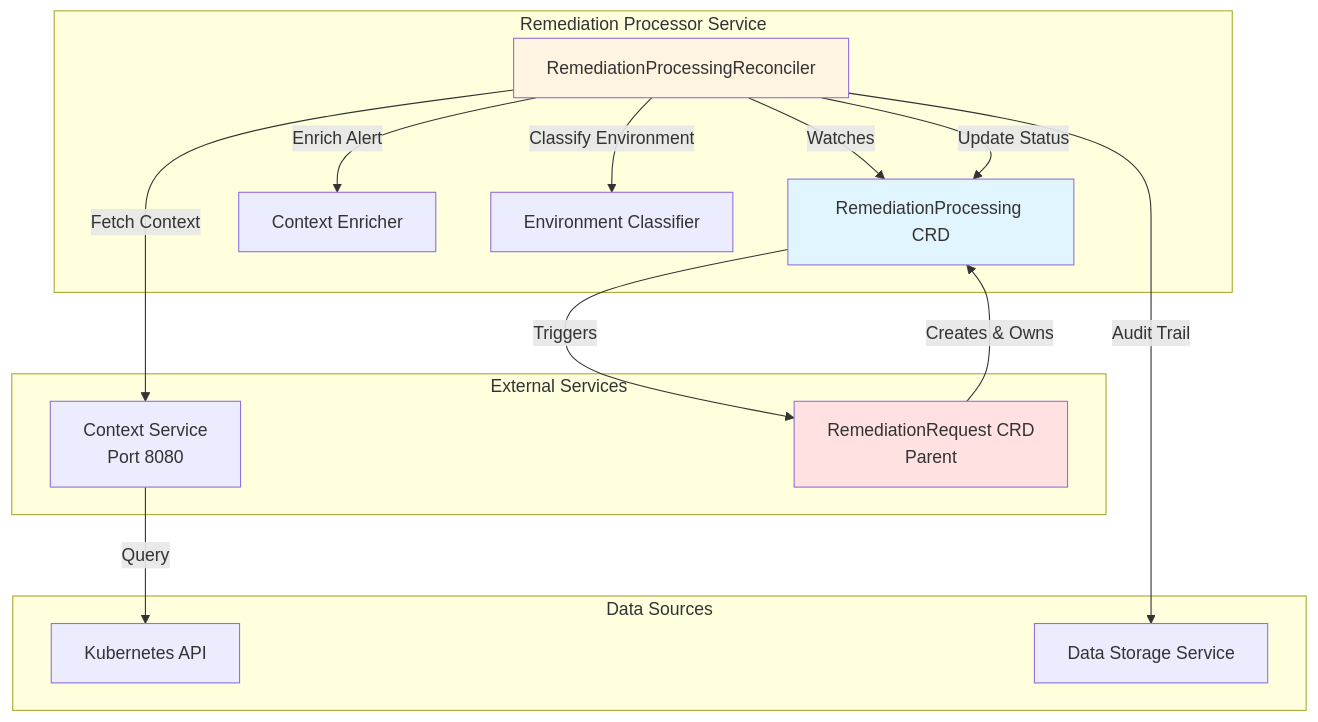
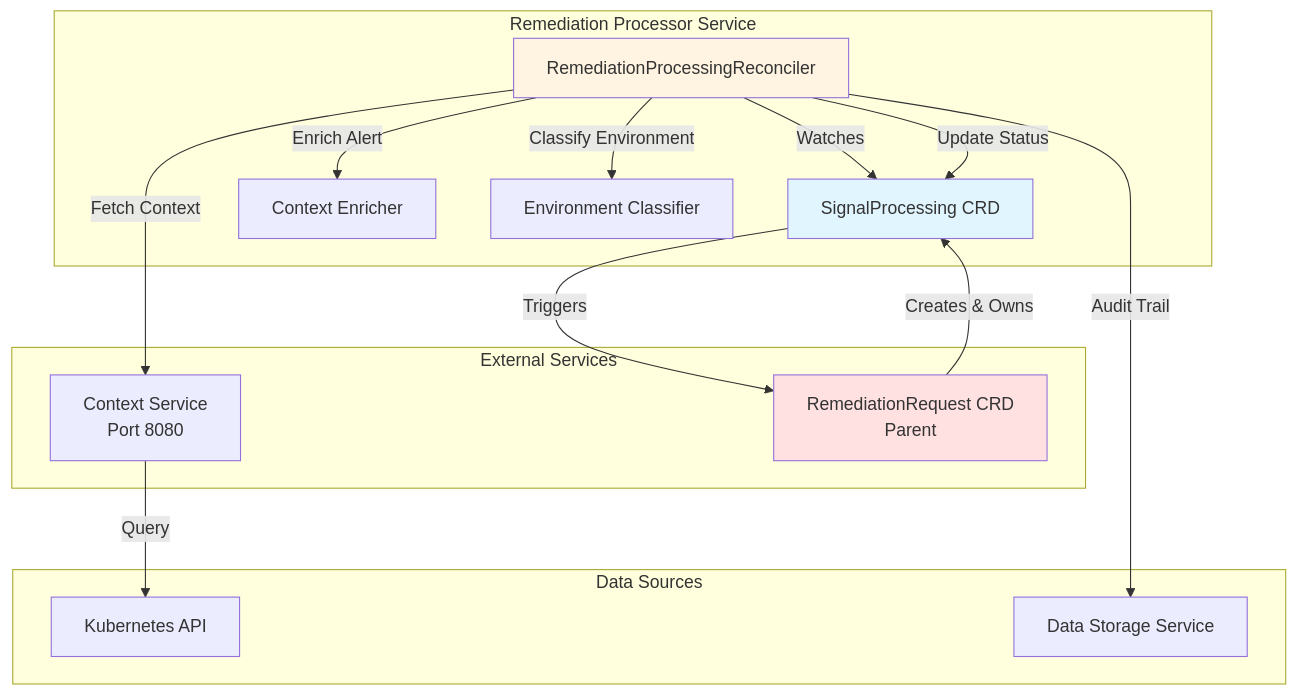
One commit to jordigilh/kubernaut changed the first of 16 diagrams in docs/architecture/references/visual-diagrams-master.md. Above: the diagram before and after it, drawn with Mermaid. The commit also changed other lines of this file and 142 other files, not shown here.

First line of the commit message:
docs: Complete RemediationProcessing to SignalProcessing rename (DD-SIGNAL-PROCESSING-001)

````diff
--- a/docs/architecture/references/visual-diagrams-master.md
+++ b/docs/architecture/references/visual-diagrams-master.md
@@ -12,33 +12,33 @@
 ```mermaid
 graph TB
     subgraph "Remediation Processor Service"
-        AP[RemediationProcessing CRD]
+        AP[SignalProcessing CRD]
         Controller[RemediationProcessingReconciler]
         Enricher[Context Enricher]
         Classifier[Environment Classifier]
     end
 
     subgraph "External Services"
         CS[Context Service<br/>Port 8080]
         AR[RemediationRequest CRD<br/>Parent]
     end
 
     subgraph "Data Sources"
         K8S[Kubernetes API]
         DB[Data Storage Service]
     end
 
     AR -->|Creates & Owns| AP
     Controller -->|Watches| AP
     Controller -->|Fetch Context| CS
     CS -->|Query| K8S
     Controller -->|Classify Environment| Classifier
     Controller -->|Enrich Alert| Enricher
     Controller -->|Update Status| AP
     AP -->|Triggers| AR
     Controller -->|Audit Trail| DB
 
     style AP fill:#e1f5ff
     style Controller fill:#fff4e1
     style AR fill:#ffe1e1
 ```
````
